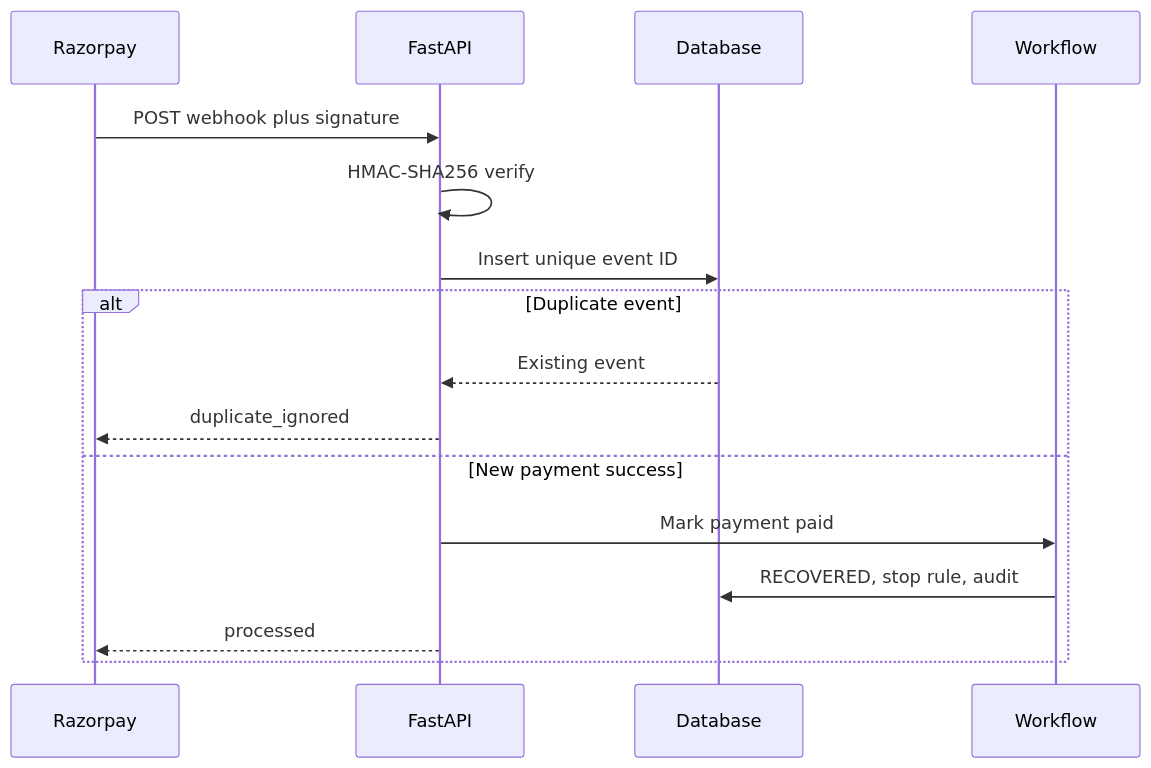
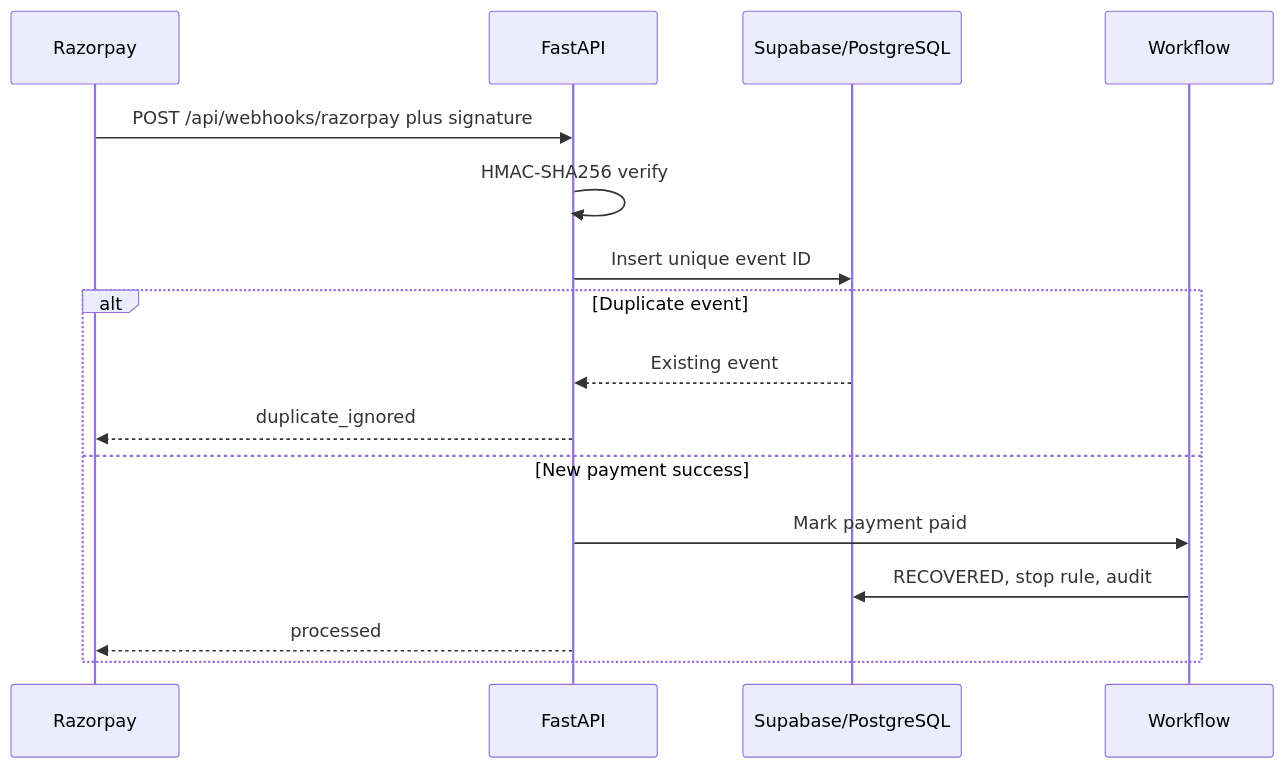
One commit to Samiabdus786/RecoverIQ changed the fourth of 4 diagrams in docs/architecture.md. Above: the diagram before and after it, drawn with Mermaid. The commit also changed other lines of this file and 9 other files, not shown here.

Commit message:
Update RecoverIQ documentation for final architecture

````diff
--- a/docs/architecture.md
+++ b/docs/architecture.md
@@ -63,18 +71,18 @@
 ```mermaid
 sequenceDiagram
     participant R as Razorpay
     participant A as FastAPI
-    participant D as Database
+    participant D as Supabase/PostgreSQL
     participant W as Workflow
-    R->>A: POST webhook plus signature
+    R->>A: POST /api/webhooks/razorpay plus signature
     A->>A: HMAC-SHA256 verify
     A->>D: Insert unique event ID
     alt Duplicate event
         D-->>A: Existing event
         A-->>R: duplicate_ignored
     else New payment success
         A->>W: Mark payment paid
         W->>D: RECOVERED, stop rule, audit
         A-->>R: processed
     end
 ```
````
